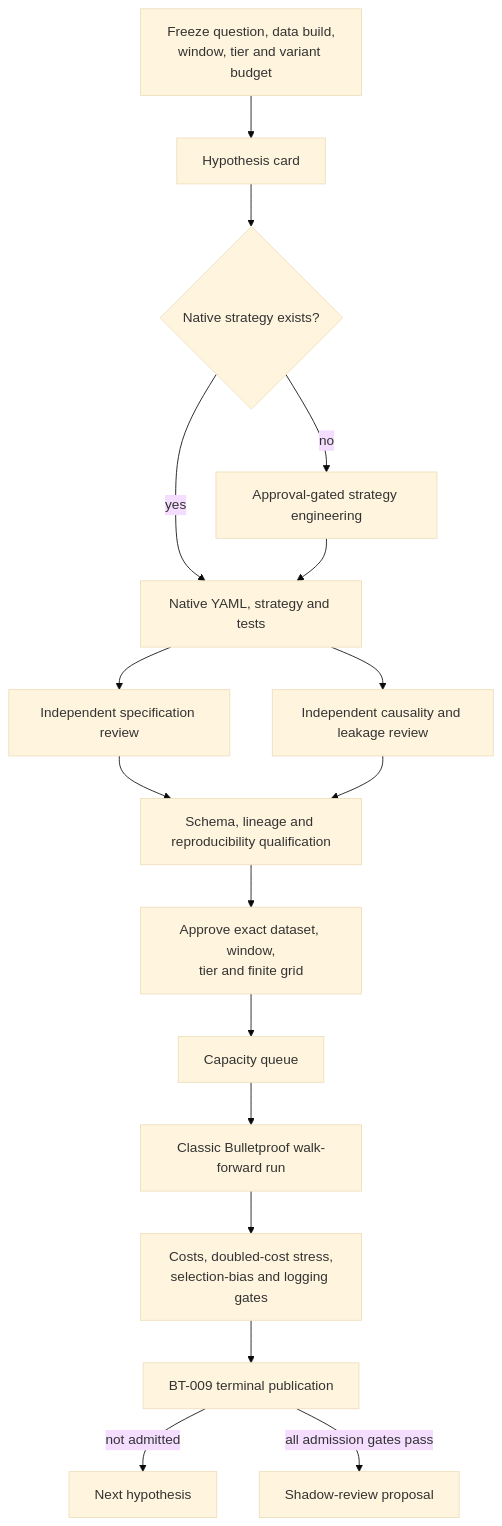
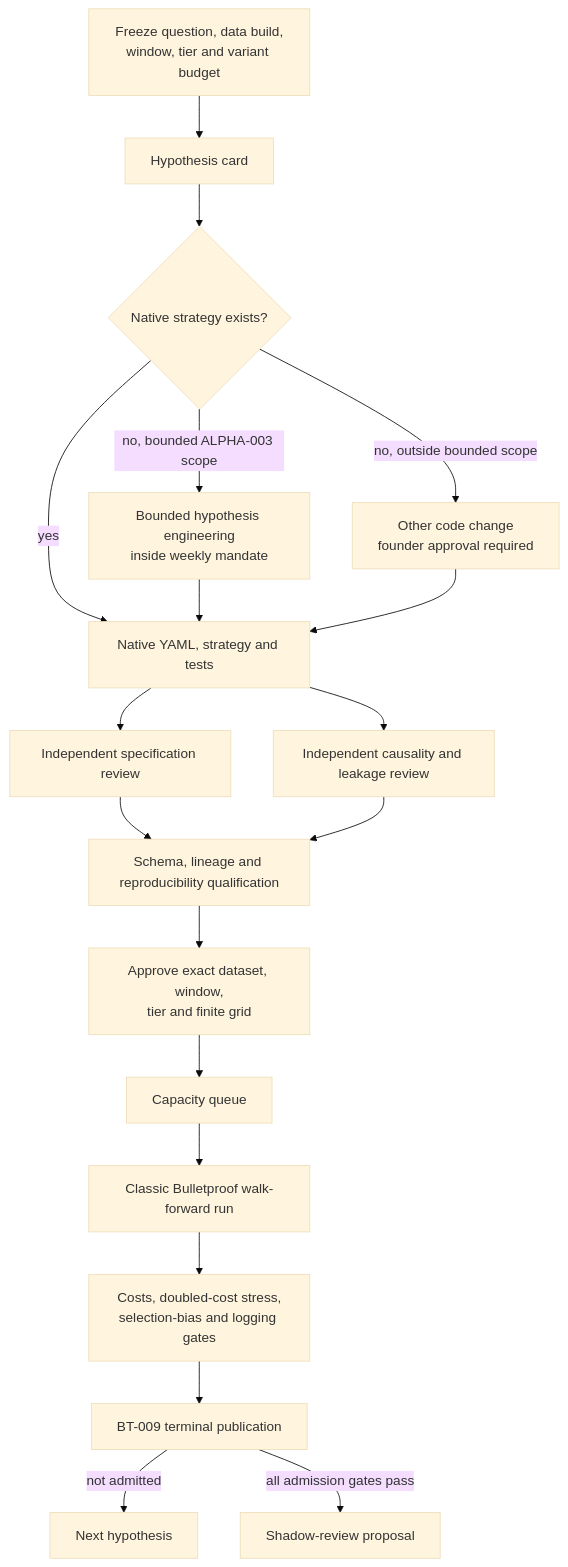
One commit to Chinedum-iwueke/swarm-control-plane changed diagram 15 of 26 in docs/book-xi-agent-workflow-atlas.md. Above: the diagram before and after it, drawn with Mermaid (base theme). The commit also changed other lines of this file and 8 other files, not shown here.

Commit message:
fix(alpha): unblock bounded hypothesis engineering

````diff
--- a/docs/book-xi-agent-workflow-atlas.md
+++ b/docs/book-xi-agent-workflow-atlas.md
@@ -481,29 +481,31 @@
 ```mermaid
 flowchart TB
     Freeze[Freeze question, data build,<br/>window, tier and variant budget]
     Card[Hypothesis card]
     Known{Native strategy exists?}
-    Engineer[Approval-gated strategy engineering]
+    Engineer[Bounded hypothesis engineering<br/>inside weekly mandate]
+    ExternalEngineer[Other code change<br/>founder approval required]
     Bundle[Native YAML, strategy and tests]
     SpecReview[Independent specification review]
     CausalReview[Independent causality and leakage review]
     Qualify[Schema, lineage and reproducibility qualification]
     ExecutionApproval[Approve exact dataset, window,<br/>tier and finite grid]
     Queue[Capacity queue]
     Backtest[Classic Bulletproof walk-forward run]
     Audit[Costs, doubled-cost stress,<br/>selection-bias and logging gates]
     Publish[BT-009 terminal publication]
     Next[Next hypothesis]
     Shadow[Shadow-review proposal]
 
     Freeze --> Card --> Known
     Known -->|yes| Bundle
-    Known -->|no| Engineer --> Bundle
+    Known -->|no, bounded ALPHA-003 scope| Engineer --> Bundle
+    Known -->|no, outside bounded scope| ExternalEngineer --> Bundle
     Bundle --> SpecReview
     Bundle --> CausalReview
     SpecReview --> Qualify
     CausalReview --> Qualify
     Qualify --> ExecutionApproval --> Queue --> Backtest --> Audit --> Publish
     Publish -->|not admitted| Next
     Publish -->|all admission gates pass| Shadow
 ```
````
